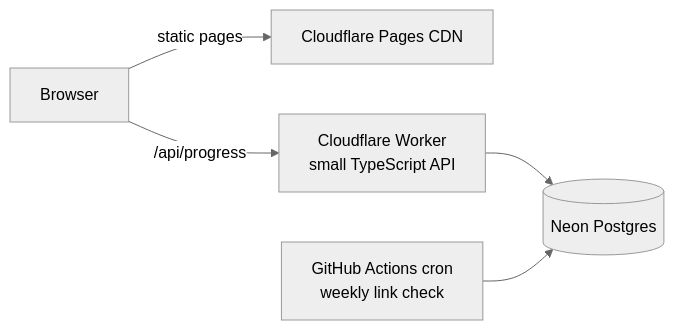
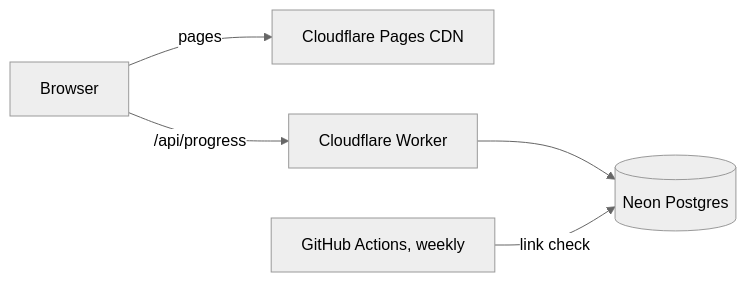
The third of 3 diagrams in docs/SYSTEM_DESIGN.md (shivemn/pregraph), drawn with Mermaid (neutral theme) before and after one commit. The commit also changed other lines of this file and 6 other files, not shown here.

````diff
--- a/docs/SYSTEM_DESIGN.md
+++ b/docs/SYSTEM_DESIGN.md
@@ -176,7 +218,7 @@
 ```mermaid
 flowchart LR
-    E[Browser] -->|static pages| D[Cloudflare Pages CDN]
-    E -->|/api/progress| W[Cloudflare Worker<br/>small TypeScript API]
+    E[Browser] -->|pages| D[Cloudflare Pages CDN]
+    E -->|/api/progress| W[Cloudflare Worker]
     W --> P[(Neon Postgres)]
-    J[GitHub Actions cron<br/>weekly link check] --> P
+    J[GitHub Actions, weekly] -->|link check| P
 ```
````
